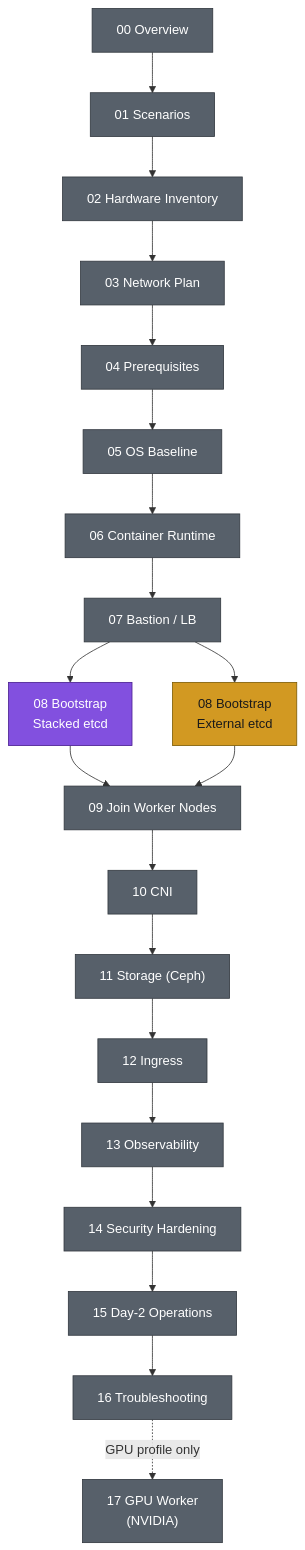
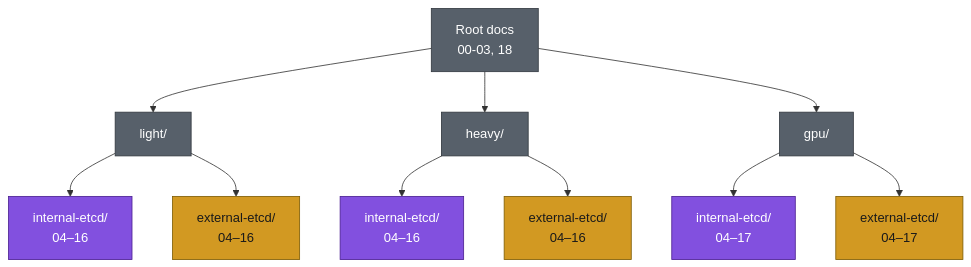
Before and after one commit to bahman-farhadian/kubernetes-lab: the diagram in README.md, drawn with Mermaid. The commit also changed other lines of this file and 36 other files, not shown here.

````diff
--- a/README.md
+++ b/README.md
@@ -63,20 +34,18 @@
 ```mermaid
 flowchart TD
-    S00["00 Overview"]:::common --> S01["01 Scenarios"]:::common
-    S01 --> S02["02 Hardware Inventory"]:::common --> S03["03 Network Plan"]:::common
-    S03 --> S04["04 Prerequisites"]:::common --> S05["05 OS Baseline"]:::common
-    S05 --> S06["06 Container Runtime"]:::common --> S07["07 Bastion / LB"]:::common
-    S07 --> S08A["08 Bootstrap\nStacked etcd"]:::scenarioA
-    S07 --> S08B["08 Bootstrap\nExternal etcd"]:::scenarioB
-    S08A --> S09["09 Join Worker Nodes"]:::common
-    S08B --> S09
-    S09 --> S10["10 CNI"]:::common --> S11["11 Storage (Ceph)"]:::common
-    S11 --> S12["12 Ingress"]:::common --> S13["13 Observability"]:::common
-    S13 --> S14["14 Security Hardening"]:::common --> S15["15 Day-2 Operations"]:::common
-    S15 --> S16["16 Troubleshooting"]:::common
-    S16 -. GPU profile only .-> S17["17 GPU Worker\n(NVIDIA)"]:::common
+    Root["Root docs\n00-03, 18"]:::common
+    Root --> Light["light/"]:::common
+    Root --> Heavy["heavy/"]:::common
+    Root --> GPU["gpu/"]:::common
+
+    Light --> LI["internal-etcd/\n04–16"]:::scenarioA
+    Light --> LE["external-etcd/\n04–16"]:::scenarioB
+    Heavy --> HI["internal-etcd/\n04–16"]:::scenarioA
+    Heavy --> HE["external-etcd/\n04–16"]:::scenarioB
+    GPU --> GI["internal-etcd/\n04–17"]:::scenarioA
+    GPU --> GE["external-etcd/\n04–17"]:::scenarioB
 
     classDef common fill:#57606a,stroke:#32383f,color:#ffffff
     classDef scenarioA fill:#8250df,stroke:#4b1f91,color:#ffffff
     classDef scenarioB fill:#d29922,stroke:#7d5c05,color:#1a1a1a
 ```
````
